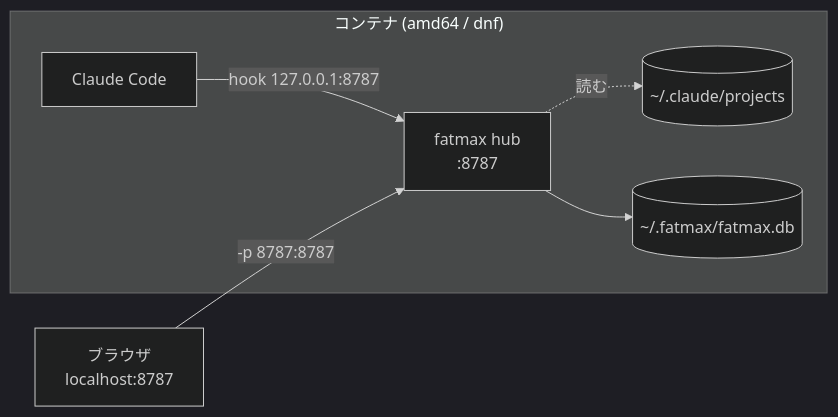
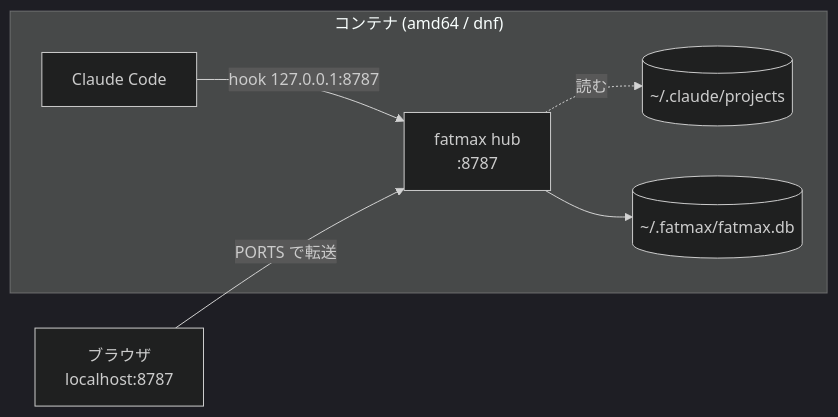
Before and after one commit to nodesi-jp/fatmax: the diagram in INSTALL-container.md, drawn with Mermaid (dark theme). The commit also changed other lines of this file and 1 other file, not shown here.

````diff
--- a/INSTALL-container.md
+++ b/INSTALL-container.md
@@ -19,13 +27,13 @@
 ```mermaid
 flowchart LR
   subgraph C["コンテナ (amd64 / dnf)"]
     CC["Claude Code"]
     H["fatmax hub<br/>:8787"]
     T[("~/.claude/projects")]
     DB[("~/.fatmax/fatmax.db")]
     CC -->|"hook 127.0.0.1:8787"| H
     H -.->|読む| T
     H --> DB
   end
-  BR["ブラウザ<br/>localhost:8787"] -->|"-p 8787:8787"| H
+  BR["ブラウザ<br/>localhost:8787"] -->|"PORTS で転送"| H
 ```
````
